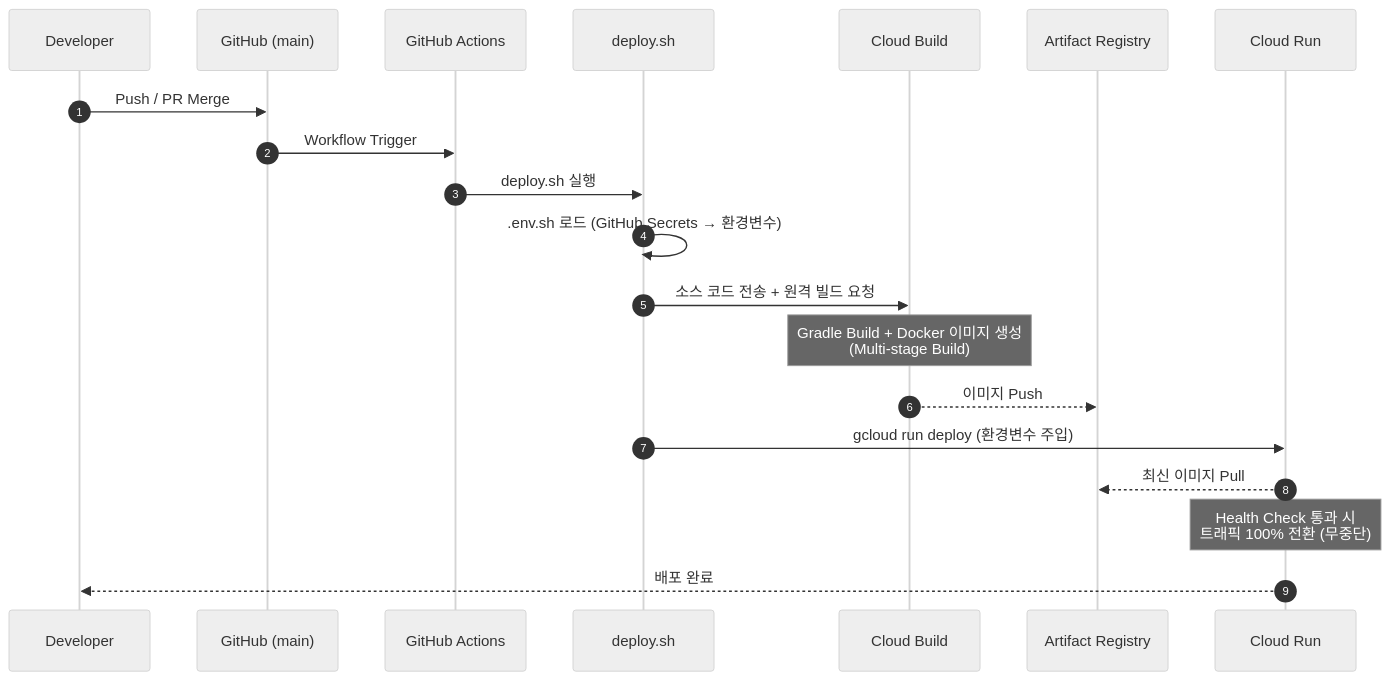
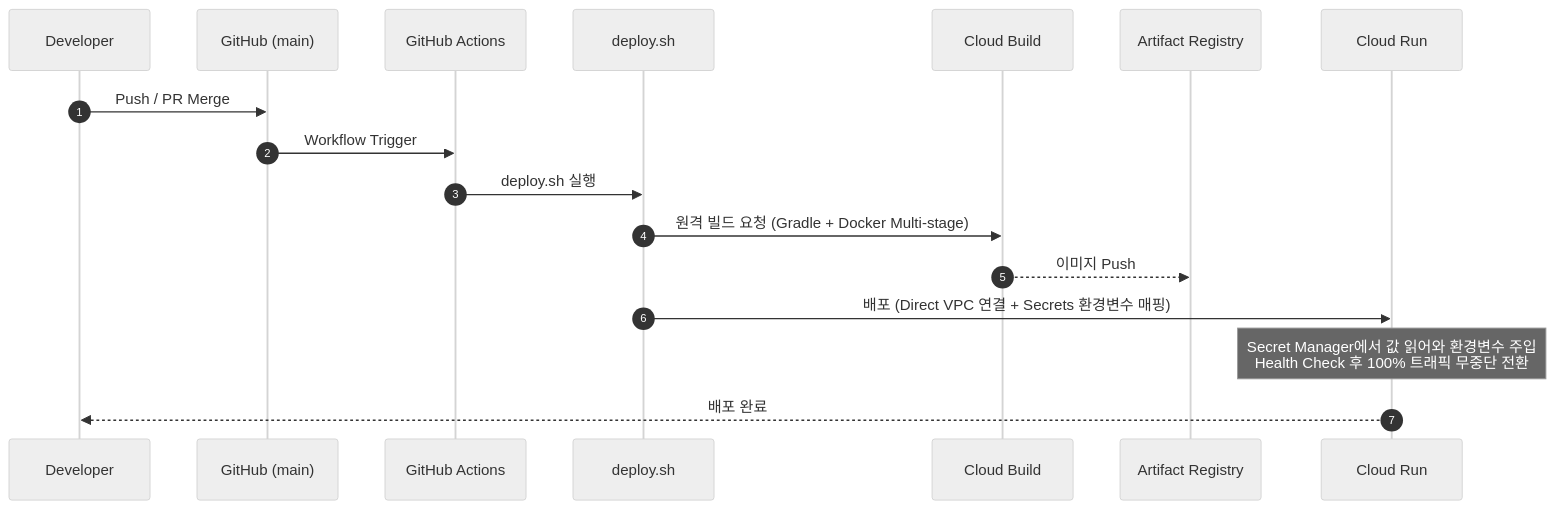
Before and after one commit to GDGOC-Kangnam-University/every-club-be: the second of 2 diagrams in deploy.md, drawn with Mermaid (neutral theme). The commit also changed other lines of this file, not shown here.

````diff
--- a/deploy.md
+++ b/deploy.md
@@ -243,23 +157,20 @@
 ```mermaid
 sequenceDiagram
     autonumber
     participant Dev as Developer
     participant GH as GitHub (main)
     participant GHA as GitHub Actions
     participant DS as deploy.sh
     participant CB as Cloud Build
     participant AR as Artifact Registry
     participant CR as Cloud Run
 
     Dev->>GH: Push / PR Merge
     GH->>GHA: Workflow Trigger
     GHA->>DS: deploy.sh 실행
-    DS->>DS: .env.sh 로드 (GitHub Secrets → 환경변수)
-    DS->>CB: 소스 코드 전송 + 원격 빌드 요청
-    Note over CB: Gradle Build + Docker 이미지 생성<br/>(Multi-stage Build)
+    DS->>CB: 원격 빌드 요청 (Gradle + Docker Multi-stage)
     CB-->>AR: 이미지 Push
-    DS->>CR: gcloud run deploy (환경변수 주입)
-    CR-->>AR: 최신 이미지 Pull
-    Note over CR: Health Check 통과 시<br/>트래픽 100% 전환 (무중단)
+    DS->>CR: 배포 (Direct VPC 연결 + Secrets 환경변수 매핑)
+    Note over CR: Secret Manager에서 값 읽어와 환경변수 주입<br/>Health Check 후 100% 트래픽 무중단 전환
     CR-->>Dev: 배포 완료
 ```
````
